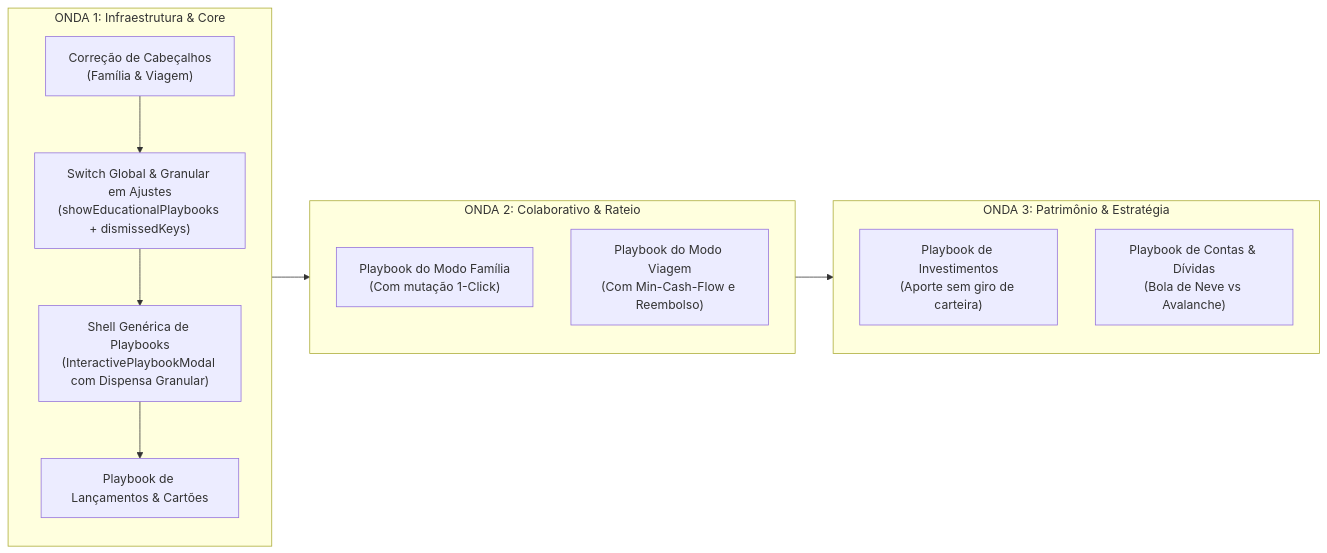
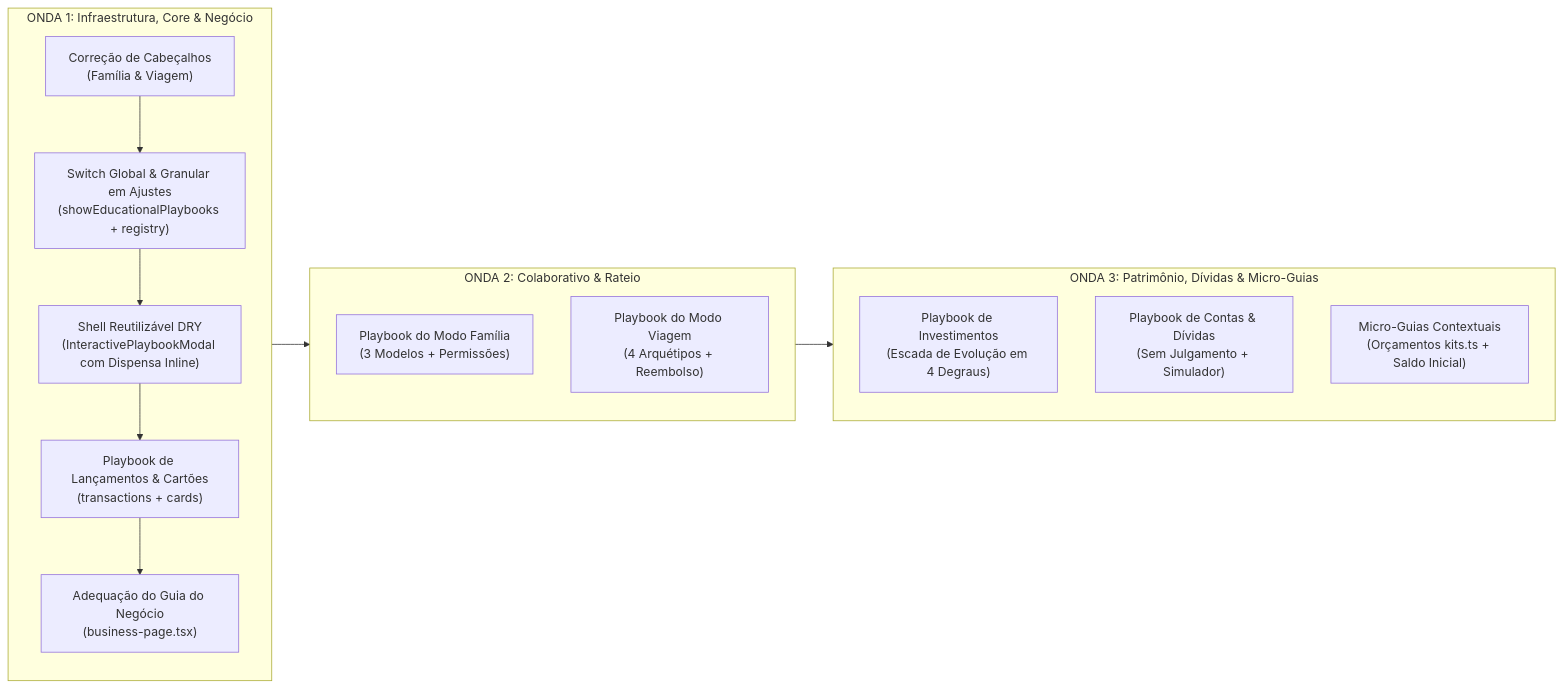
Before and after one commit to gabri3lsal3s/financasNew: the third of 3 diagrams in docs/plans/PLANO_AUDITORIA_LARGURA_BOTOES_E_SISTEMA_PLAYBOOKS_EDUCATIVOS.md, drawn with Mermaid. The commit also changed other lines of this file and 82 other files, not shown here.

````diff
--- a/docs/plans/PLANO_AUDITORIA_LARGURA_BOTOES_E_SISTEMA_PLAYBOOKS_EDUCATIVOS.md
+++ b/docs/plans/PLANO_AUDITORIA_LARGURA_BOTOES_E_SISTEMA_PLAYBOOKS_EDUCATIVOS.md
@@ -318,21 +359,23 @@
 ```mermaid
 flowchart LR
-    subgraph Onda1["ONDA 1: Infraestrutura & Core"]
-        O1A["Correção de Cabeçalhos<br/>(Família & Viagem)"] --> O1B["Switch Global & Granular em Ajustes<br/>(showEducationalPlaybooks + dismissedKeys)"]
-        O1B --> O1C["Shell Genérica de Playbooks<br/>(InteractivePlaybookModal com Dispensa Granular)"]
-        O1C --> O1D["Playbook de Lançamentos & Cartões"]
+    subgraph Onda1["ONDA 1: Infraestrutura, Core & Negócio"]
+        O1A["Correção de Cabeçalhos<br/>(Família & Viagem)"] --> O1B["Switch Global & Granular em Ajustes<br/>(showEducationalPlaybooks + registry)"]
+        O1B --> O1C["Shell Reutilizável DRY<br/>(InteractivePlaybookModal com Dispensa Inline)"]
+        O1C --> O1D["Playbook de Lançamentos & Cartões<br/>(transactions + cards)"]
+        O1D --> O1E["Adequação do Guia do Negócio<br/>(business-page.tsx)"]
     end
 
     subgraph Onda2["ONDA 2: Colaborativo & Rateio"]
-        O2A["Playbook do Modo Família<br/>(Com mutação 1-Click)"]
-        O2B["Playbook do Modo Viagem<br/>(Com Min-Cash-Flow e Reembolso)"]
+        O2A["Playbook do Modo Família<br/>(3 Modelos + Permissões)"]
+        O2B["Playbook do Modo Viagem<br/>(4 Arquétipos + Reembolso)"]
     end
 
-    subgraph Onda3["ONDA 3: Patrimônio & Estratégia"]
-        O3A["Playbook de Investimentos<br/>(Aporte sem giro de carteira)"]
-        O3B["Playbook de Contas & Dívidas<br/>(Bola de Neve vs Avalanche)"]
+    subgraph Onda3["ONDA 3: Patrimônio, Dívidas & Micro-Guias"]
+        O3A["Playbook de Investimentos<br/>(Escada de Evolução em 4 Degraus)"]
+        O3B["Playbook de Contas & Dívidas<br/>(Sem Julgamento + Simulador)"]
+        O3C["Micro-Guias Contextuais<br/>(Orçamentos kits.ts + Saldo Inicial)"]
     end
 
     Onda1 --> Onda2
     Onda2 --> Onda3
 ```
````
